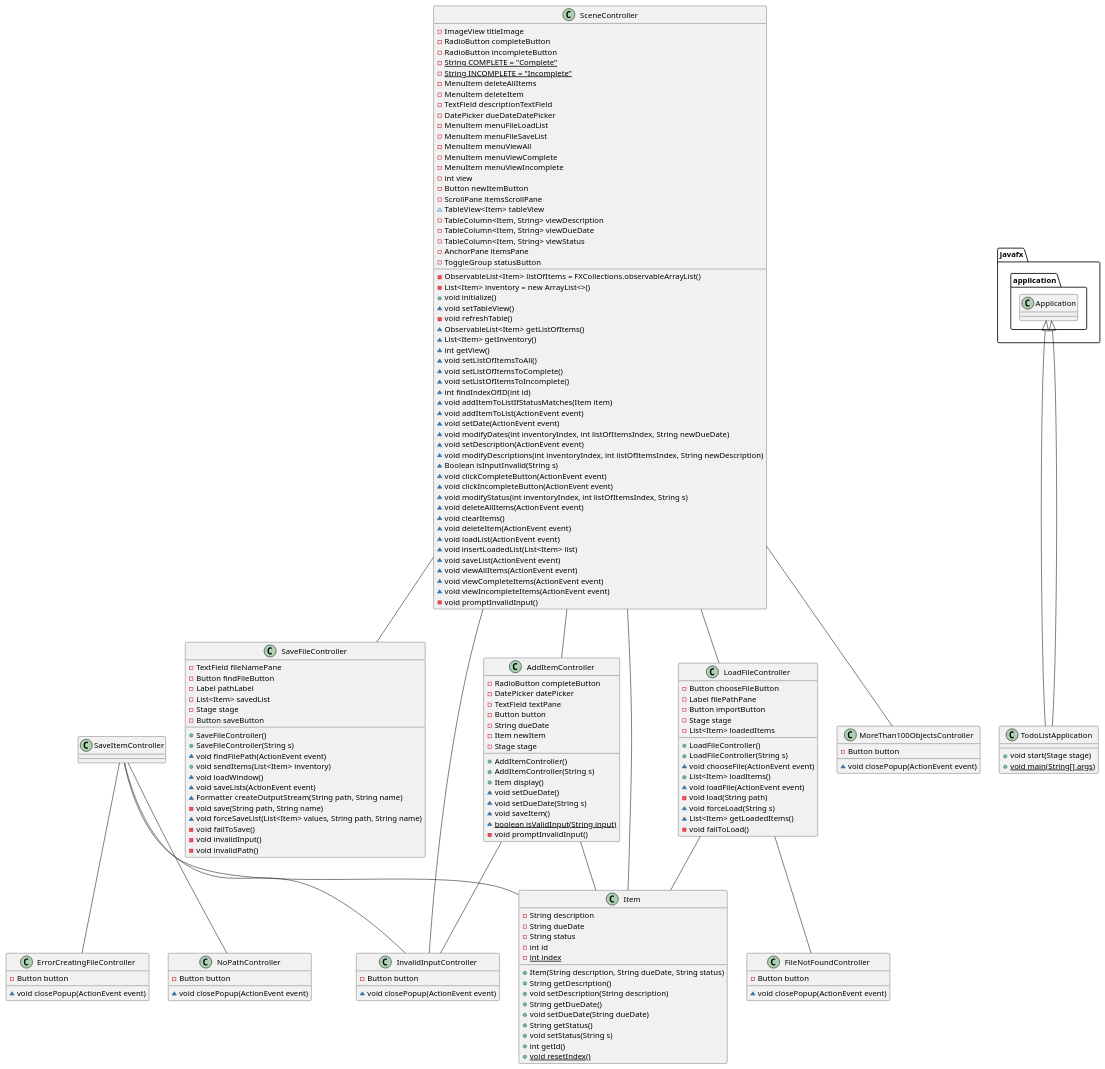
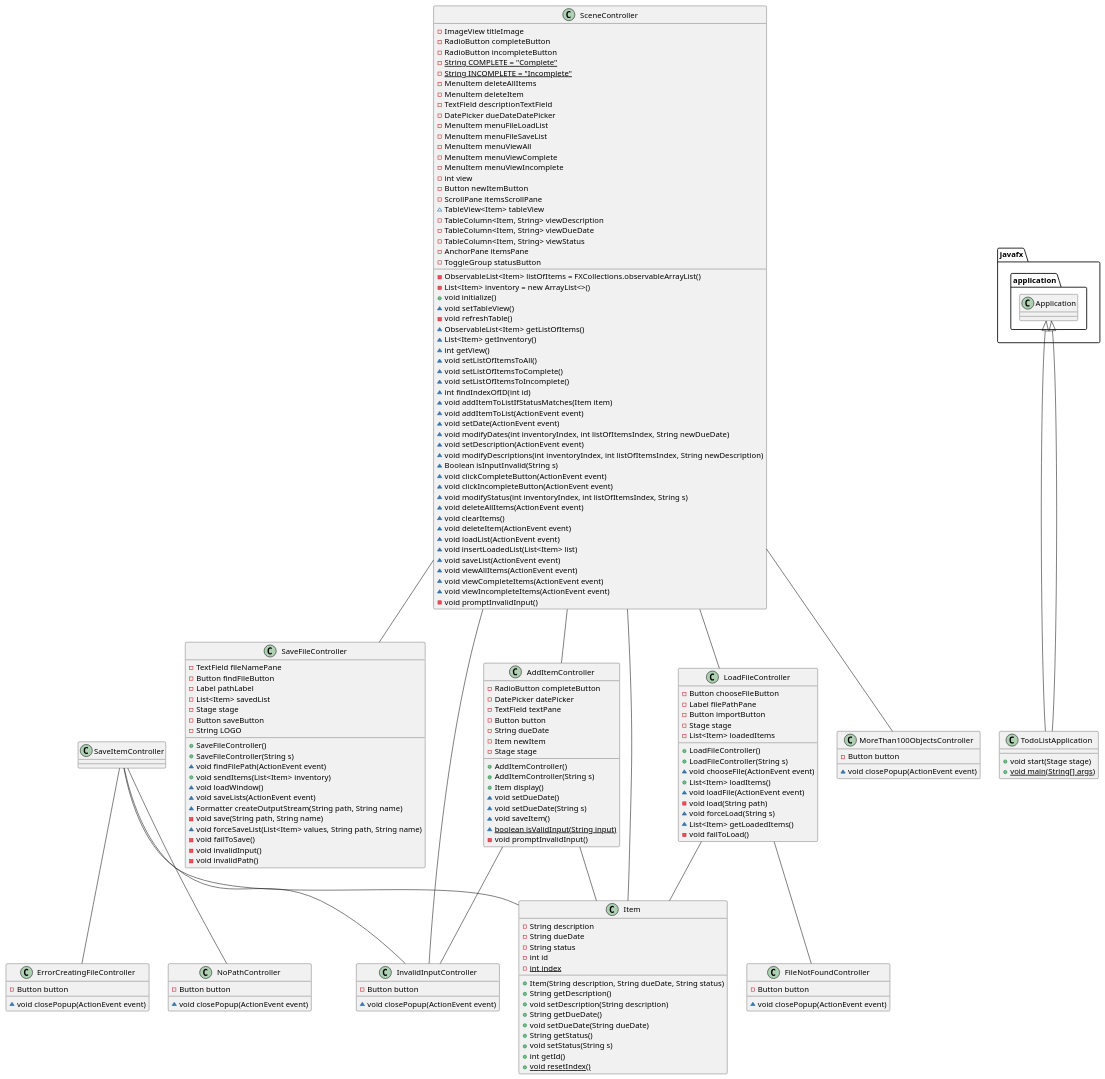
Before and after one commit to jkglaspey/Too-Due_List: the diagram in docs/ApplicationUMLDiagram.puml, drawn with PlantUML. The commit also changed 4 other files, not shown here.

```diff
--- a/docs/ApplicationUMLDiagram.puml
+++ b/docs/ApplicationUMLDiagram.puml
@@ -1,191 +1,192 @@
 @startuml
 
 class ErrorCreatingFileController {
     -Button button
 
     ~void closePopup(ActionEvent event)
 }
 
 class FileNotFoundController {
     -Button button
 
     ~void closePopup(ActionEvent event)
 }
 
 class InvalidInputController {
     -Button button
 
     ~void closePopup(ActionEvent event)
 }
 
 class MoreThan100ObjectsController {
     -Button button
 
     ~void closePopup(ActionEvent event)
 }
 
 class NoPathController {
     -Button button
 
     ~void closePopup(ActionEvent event)
 }
 
 class AddItemController {
     -RadioButton completeButton
     -DatePicker datePicker
     -TextField textPane
     -Button button
     -String dueDate
     -Item newItem
     -Stage stage
 
     +AddItemController()
     +AddItemController(String s)
     +Item display()
     ~void setDueDate()
     ~void setDueDate(String s)
     ~void saveItem()
     ~{static} boolean isValidInput(String input)
     -void promptInvalidInput()
 }
 
 class Item {
     -String description
     -String dueDate
     -String status
     -int id
     -{static} int index
 
     +Item(String description, String dueDate, String status)
     +String getDescription()
     +void setDescription(String description)
     +String getDueDate()
     +void setDueDate(String dueDate)
     +String getStatus()
     +void setStatus(String s)
     +int getId()
     +{static} void resetIndex()
 }
 
 class LoadFileController {
     -Button chooseFileButton
     -Label filePathPane
     -Button importButton
     -Stage stage
     -List<Item> loadedItems
 
     +LoadFileController()
     +LoadFileController(String s)
     ~void chooseFile(ActionEvent event)
     +List<Item> loadItems()
     ~void loadFile(ActionEvent event)
     -void load(String path)
     ~void forceLoad(String s)
     ~List<Item> getLoadedItems()
     -void failToLoad()
 }
 
 class SaveFileController {
     -TextField fileNamePane
     -Button findFileButton
     -Label pathLabel
     -List<Item> savedList
     -Stage stage
     -Button saveButton
+    -String LOGO
 
     +SaveFileController()
     +SaveFileController(String s)
     ~void findFilePath(ActionEvent event)
     +void sendItems(List<Item> inventory)
     ~void loadWindow()
     ~void saveLists(ActionEvent event)
     ~Formatter createOutputStream(String path, String name)
     -void save(String path, String name)
     ~void forceSaveList(List<Item> values, String path, String name)
     -void failToSave()
     -void invalidInput()
     -void invalidPath()
 }
 
 class TodoListApplication extends javafx.application.Application {
     +void start(Stage stage)
     +{static} void main(String[] args)
 }
 
 class SceneController {
 -ImageView titleImage
 -RadioButton completeButton
 -RadioButton incompleteButton
 -{static} String COMPLETE = "Complete"
 -{static} String INCOMPLETE = "Incomplete"
 -MenuItem deleteAllItems
 -MenuItem deleteItem
 -TextField descriptionTextField
 -DatePicker dueDateDatePicker
 -MenuItem menuFileLoadList
 -MenuItem menuFileSaveList
 -MenuItem menuViewAll
 -MenuItem menuViewComplete
 -MenuItem menuViewIncomplete
 -int view
 -Button newItemButton
 -ScrollPane itemsScrollPane
 ~TableView<Item> tableView
 -TableColumn<Item, String> viewDescription
 -TableColumn<Item, String> viewDueDate
 -TableColumn<Item, String> viewStatus
 -ObservableList<Item> listOfItems = FXCollections.observableArrayList()
 -List<Item> inventory = new ArrayList<>()
 -AnchorPane itemsPane
 -ToggleGroup statusButton
 
 +void initialize()
 ~void setTableView()
 -void refreshTable()
 ~ObservableList<Item> getListOfItems()
 ~List<Item> getInventory()
 ~int getView()
 ~void setListOfItemsToAll()
 ~void setListOfItemsToComplete()
 ~void setListOfItemsToIncomplete()
 ~int findIndexOfID(int id)
 ~void addItemToListIfStatusMatches(Item item)
 ~void addItemToList(ActionEvent event)
 ~void setDate(ActionEvent event)
 ~void modifyDates(int inventoryIndex, int listOfItemsIndex, String newDueDate)
 ~void setDescription(ActionEvent event)
 ~void modifyDescriptions(int inventoryIndex, int listOfItemsIndex, String newDescription)
 ~Boolean isInputInvalid(String s)
 ~void clickCompleteButton(ActionEvent event)
 ~void clickIncompleteButton(ActionEvent event)
 ~void modifyStatus(int inventoryIndex, int listOfItemsIndex, String s)
 ~void deleteAllItems(ActionEvent event)
 ~void clearItems()
 ~void deleteItem(ActionEvent event)
 ~void loadList(ActionEvent event)
 ~void insertLoadedList(List<Item> list)
 ~void saveList(ActionEvent event)
 ~void viewAllItems(ActionEvent event)
 ~void viewCompleteItems(ActionEvent event)
 ~void viewIncompleteItems(ActionEvent event)
 -void promptInvalidInput()
 }
 
 '-----------------------------------------------------------
 AddItemController -- Item
 AddItemController -- InvalidInputController
 LoadFileController -- FileNotFoundController
 LoadFileController -- Item
 SaveItemController -- Item
 SaveItemController -- ErrorCreatingFileController
 SaveItemController -- InvalidInputController
 SaveItemController -- NoPathController
 javafx.application.Application <|-- TodoListApplication
 SceneController -- Item
 SceneController -- AddItemController
 SceneController -- LoadFileController
 SceneController -- SaveFileController
 SceneController -- MoreThan100ObjectsController
 SceneController -- InvalidInputController
 
 @enduml
```
